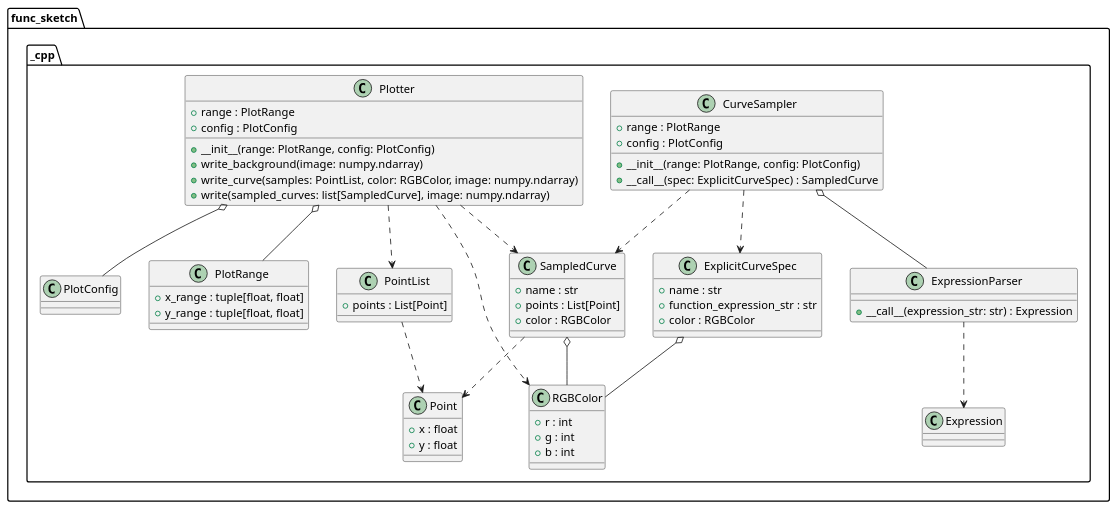
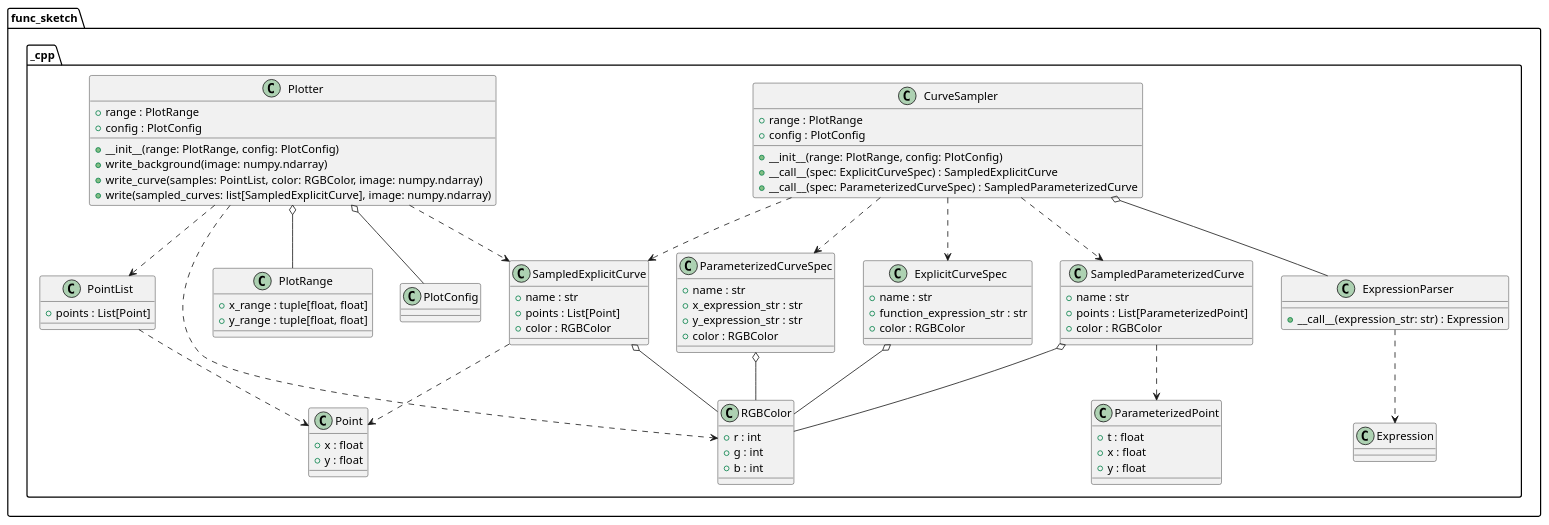
One commit to MusicScience37/FuncSketch changed the diagram in docs/sphinx/design_notes/classes_python.puml. Above: the diagram before and after it, drawn with PlantUML. The commit also changed 23 other files, not shown here.

Commit message:
:construction: Implementing parameterized curves.

```diff
--- a/docs/sphinx/design_notes/classes_python.puml
+++ b/docs/sphinx/design_notes/classes_python.puml
@@ -1,76 +1,101 @@
 @startuml classes_python
 
 package func_sketch {
     package _cpp {
         class Expression
 
         class ExpressionParser {
             + __call__(expression_str: str) : Expression
         }
         ExpressionParser ..> Expression
 
         class RGBColor {
             + r : int
             + g : int
             + b : int
         }
 
         class Point {
+            + x : float
+            + y : float
+        }
+
+        class ParameterizedPoint {
+            + t : float
             + x : float
             + y : float
         }
 
         class PointList {
             + points : List[Point]
         }
         PointList ..> Point
 
         class PlotRange {
             + x_range : tuple[float, float]
             + y_range : tuple[float, float]
         }
 
         class PlotConfig
 
         class ExplicitCurveSpec {
             + name : str
             + function_expression_str : str
             + color : RGBColor
         }
         ExplicitCurveSpec o-- RGBColor
 
-        class SampledCurve {
+        class SampledExplicitCurve {
             + name : str
             + points : List[Point]
             + color : RGBColor
         }
-        SampledCurve ..> Point
-        SampledCurve o-- RGBColor
+        SampledExplicitCurve ..> Point
+        SampledExplicitCurve o-- RGBColor
+
+        class ParameterizedCurveSpec {
+            + name : str
+            + x_expression_str : str
+            + y_expression_str : str
+            + color : RGBColor
+        }
+        ParameterizedCurveSpec o-- RGBColor
+
+        class SampledParameterizedCurve {
+            + name : str
+            + points : List[ParameterizedPoint]
+            + color : RGBColor
+        }
+        SampledParameterizedCurve ..> ParameterizedPoint
+        SampledParameterizedCurve o-- RGBColor
 
         class CurveSampler {
             + __init__(range: PlotRange, config: PlotConfig)
             + range : PlotRange
             + config : PlotConfig
-            + __call__(spec: ExplicitCurveSpec) : SampledCurve
+            + __call__(spec: ExplicitCurveSpec) : SampledExplicitCurve
+            + __call__(spec: ParameterizedCurveSpec) : SampledParameterizedCurve
         }
         CurveSampler o-- ExpressionParser
         CurveSampler ..> ExplicitCurveSpec
-        CurveSampler ..> SampledCurve
+        CurveSampler ..> SampledExplicitCurve
+        CurveSampler ..> ParameterizedCurveSpec
+        CurveSampler ..> SampledParameterizedCurve
 
         class Plotter {
             + __init__(range: PlotRange, config: PlotConfig)
             + range : PlotRange
             + config : PlotConfig
             + write_background(image: numpy.ndarray)
             + write_curve(samples: PointList, color: RGBColor, image: numpy.ndarray)
-            + write(sampled_curves: list[SampledCurve], image: numpy.ndarray)
+            + write(sampled_curves: list[SampledExplicitCurve], image: numpy.ndarray)
         }
         Plotter o-- PlotRange
         Plotter o-- PlotConfig
         Plotter ..> PointList
-        Plotter ..> SampledCurve
+        Plotter ..> SampledExplicitCurve
         Plotter ..> RGBColor
     }
 }
 
 @enduml
```
